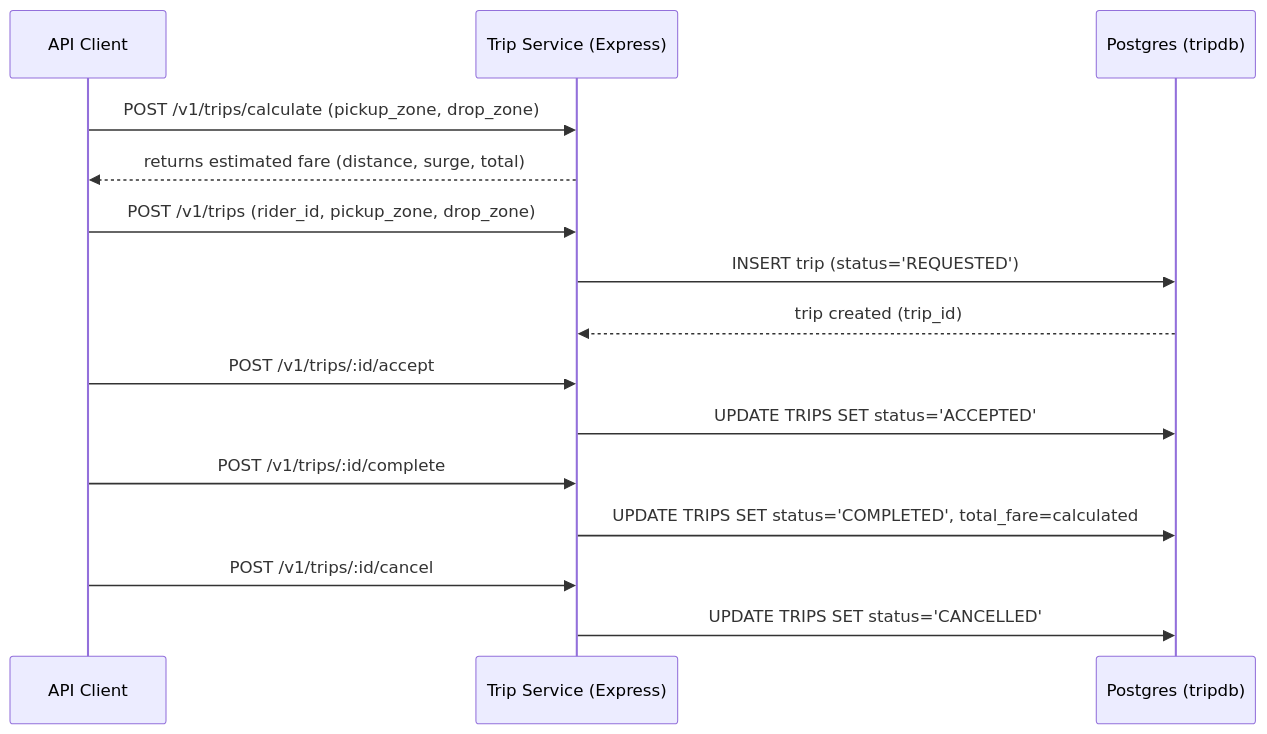
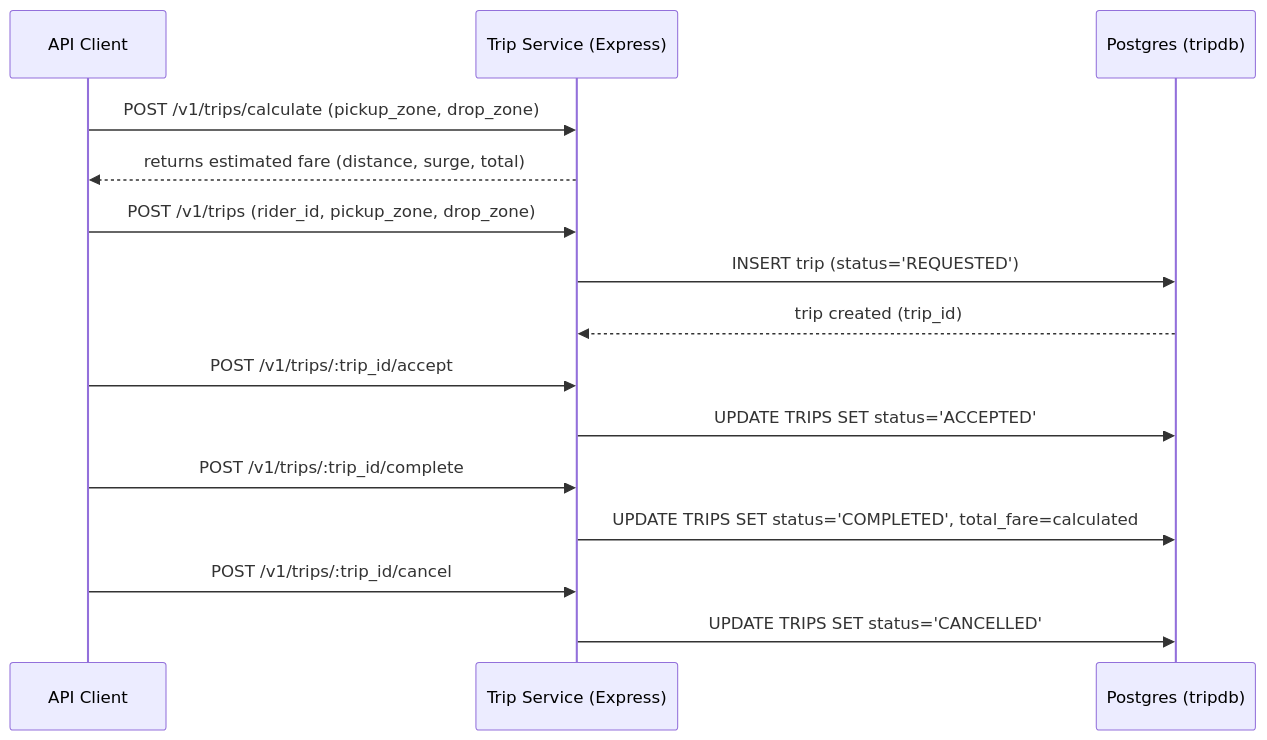
Before and after one commit to 2024tm93645-manpreetkaur-sasan/group50-ridehail-trip-service: the third of 3 diagrams in README.md, drawn with Mermaid. The commit also changed other lines of this file and 6 other files, not shown here.

````diff
--- a/README.md
+++ b/README.md
@@ -156,22 +156,22 @@
 ```mermaid
 sequenceDiagram
     participant Client as API Client
     participant TripService as Trip Service (Express)
     participant DB as Postgres (tripdb)
 
     Client->>TripService: POST /v1/trips/calculate (pickup_zone, drop_zone)
     TripService-->>Client: returns estimated fare (distance, surge, total)
 
     Client->>TripService: POST /v1/trips (rider_id, pickup_zone, drop_zone)
     TripService->>DB: INSERT trip (status='REQUESTED')
     DB-->>TripService: trip created (trip_id)
 
-    Client->>TripService: POST /v1/trips/:id/accept
+    Client->>TripService: POST /v1/trips/:trip_id/accept
     TripService->>DB: UPDATE TRIPS SET status='ACCEPTED'
 
-    Client->>TripService: POST /v1/trips/:id/complete
+    Client->>TripService: POST /v1/trips/:trip_id/complete
     TripService->>DB: UPDATE TRIPS SET status='COMPLETED', total_fare=calculated
 
-    Client->>TripService: POST /v1/trips/:id/cancel
+    Client->>TripService: POST /v1/trips/:trip_id/cancel
     TripService->>DB: UPDATE TRIPS SET status='CANCELLED'
 ```
````
